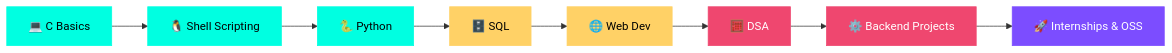
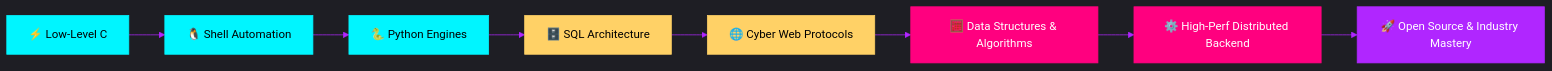
Before and after one commit to Alwin-sabu-2006/Alwin-sabu-2006: the diagram in README.md, drawn with Mermaid. The commit also changed other lines of this file and 5 other files, not shown here.

Commit message:
Overhaul profile with high-tech cyberpunk theme, arcade minigame, neural terminal, and reactive SVGs

````diff
--- a/README.md
+++ b/README.md
@@ -211,18 +275,19 @@
 ```mermaid
+%%{init: {'theme': 'dark', 'themeVariables': { 'darkMode': true, 'background': '#030712', 'primaryColor': '#00f5ff', 'primaryTextColor': '#000', 'lineColor': '#b026ff' }}}%%
 flowchart LR
-    A[💻 C Basics] --> B[🐧 Shell Scripting]
-    B --> C[🐍 Python]
-    C --> D[🗄️ SQL]
-    D --> E[🌐 Web Dev]
-    E --> F[🧮 DSA]
-    F --> G[⚙️ Backend Projects]
-    G --> H[🚀 Internships & OSS]
-    style A fill:#00ffe1,color:#000,stroke:#00ffe1
-    style B fill:#00ffe1,color:#000,stroke:#00ffe1
-    style C fill:#00ffe1,color:#000,stroke:#00ffe1
+    A[⚡ Low-Level C] --> B[🐧 Shell Automation]
+    B --> C[🐍 Python Engines]
+    C --> D[🗄️ SQL Architecture]
+    D --> E[🌐 Cyber Web Protocols]
+    E --> F[🧮 Data Structures & Algorithms]
+    F --> G[⚙️ High-Perf Distributed Backend]
+    G --> H[🚀 Open Source & Industry Mastery]
+    style A fill:#00f5ff,color:#000,stroke:#00f5ff
+    style B fill:#00f5ff,color:#000,stroke:#00f5ff
+    style C fill:#00f5ff,color:#000,stroke:#00f5ff
     style D fill:#ffd166,color:#000,stroke:#ffd166
     style E fill:#ffd166,color:#000,stroke:#ffd166
-    style F fill:#ef476f,color:#fff,stroke:#ef476f
-    style G fill:#ef476f,color:#fff,stroke:#ef476f
-    style H fill:#7c4dff,color:#fff,stroke:#7c4dff
+    style F fill:#ff007f,color:#fff,stroke:#ff007f
+    style G fill:#ff007f,color:#fff,stroke:#ff007f
+    style H fill:#b026ff,color:#fff,stroke:#b026ff
 ```
````
